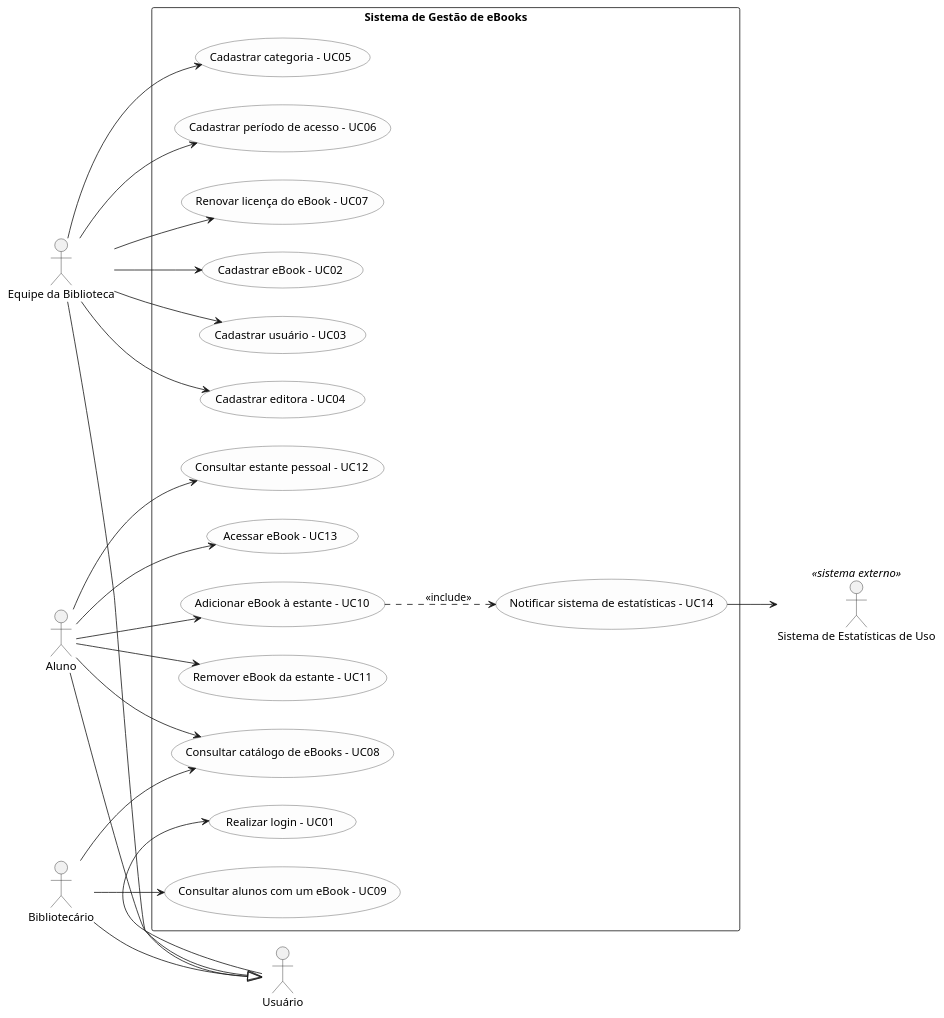
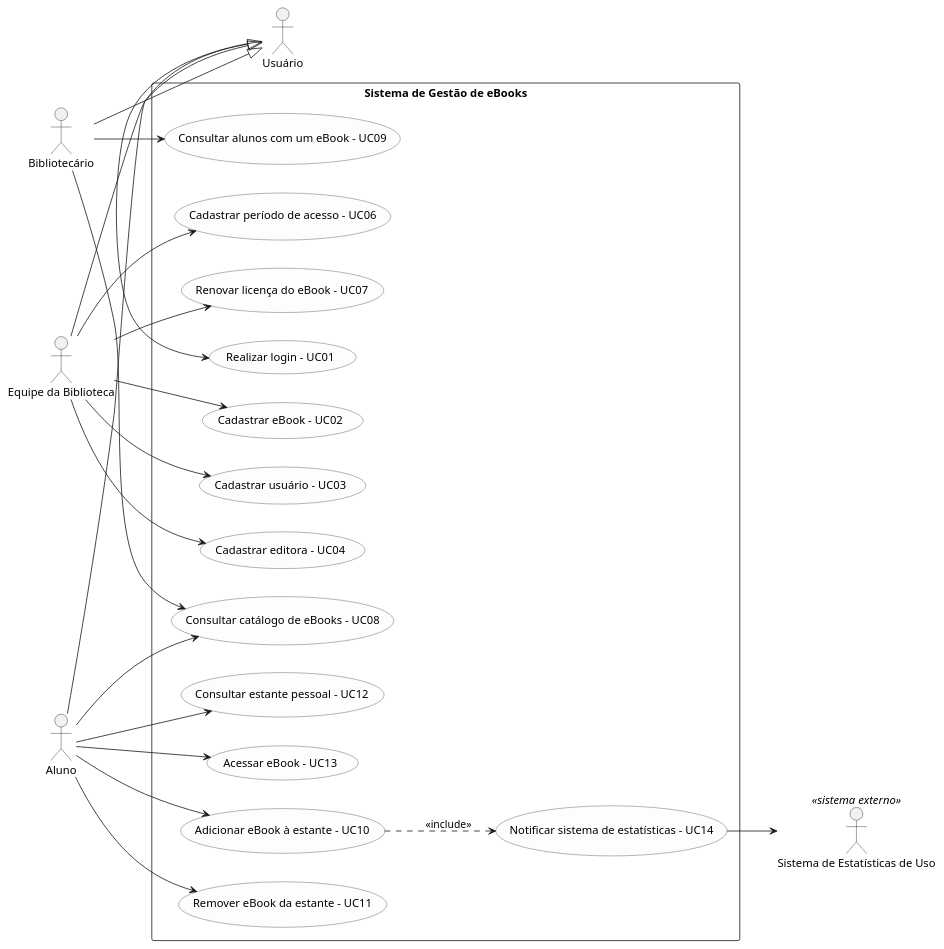
One commit to Aklages/lab01-ebooks-biblioteca changed the diagram in docs/diagramas/casos-de-uso.puml. Above: the diagram before and after it, drawn with PlantUML. The commit also changed 1 other file, not shown here.

```diff
--- a/docs/diagramas/casos-de-uso.puml
+++ b/docs/diagramas/casos-de-uso.puml
@@ -1,81 +1,79 @@
 @startuml casos_de_uso_ebooks
 ' =====================================================================
 ' Sistema de Gestao de eBooks da Biblioteca Universitaria
 ' Diagrama de Casos de Uso - Lab01S01
 ' Fonte versionada em docs/diagramas/casos-de-uso.puml
 ' Versao enxuta: 14 casos de uso
 ' =====================================================================
 
 left to right direction
 skinparam packageStyle rectangle
 skinparam shadowing false
 skinparam usecase {
   BackgroundColor #FDFDFD
   BorderColor #444444
 }
 
 ' ========================= FRONTEIRA DO SISTEMA ======================
 rectangle "Sistema de Gestão de eBooks" {
 
   ' --- Autenticacao (Usuario) ---
   usecase "Realizar login - UC01" as UC01
 
   ' --- Manutencao do acervo e dos cadastros (Equipe da Biblioteca) ---
   usecase "Cadastrar eBook - UC02" as UC02
   usecase "Cadastrar usuário - UC03" as UC03
   usecase "Cadastrar editora - UC04" as UC04
-  usecase "Cadastrar categoria - UC05" as UC05
   usecase "Cadastrar período de acesso - UC06" as UC06
   usecase "Renovar licença do eBook - UC07" as UC07
 
   ' --- Consultas (Aluno e Bibliotecario) ---
   usecase "Consultar catálogo de eBooks - UC08" as UC08
   usecase "Consultar alunos com um eBook - UC09" as UC09
 
   ' --- Estante pessoal (Aluno) ---
   usecase "Adicionar eBook à estante - UC10" as UC10
   usecase "Remover eBook da estante - UC11" as UC11
   usecase "Consultar estante pessoal - UC12" as UC12
   usecase "Acessar eBook - UC13" as UC13
 
   ' --- Notificacao ao sistema externo ---
   usecase "Notificar sistema de estatísticas - UC14" as UC14
 }
 
 ' ============================== ATORES ===============================
 actor Usuario as "Usuário"
 actor Aluno as "Aluno"
 actor Bibliotecario as "Bibliotecário"
 actor Equipe as "Equipe da Biblioteca"
 
 Aluno --|> Usuario
 Bibliotecario --|> Usuario
 Equipe --|> Usuario
 
 actor Estatisticas as "Sistema de Estatísticas de Uso" <<sistema externo>>
 
 ' ============================ ASSOCIACOES ============================
 Usuario --> UC01
 
 Equipe --> UC02
 Equipe --> UC03
 Equipe --> UC04
-Equipe --> UC05
 Equipe --> UC06
 Equipe --> UC07
 
 Bibliotecario --> UC08
 Bibliotecario --> UC09
 
 Aluno --> UC08
 Aluno --> UC10
 Aluno --> UC11
 Aluno --> UC12
 Aluno --> UC13
 
 UC14 --> Estatisticas
 
 ' ====================== INCLUSAO ==============================
 UC10 ..> UC14 : <<include>>
 
 @enduml
```
